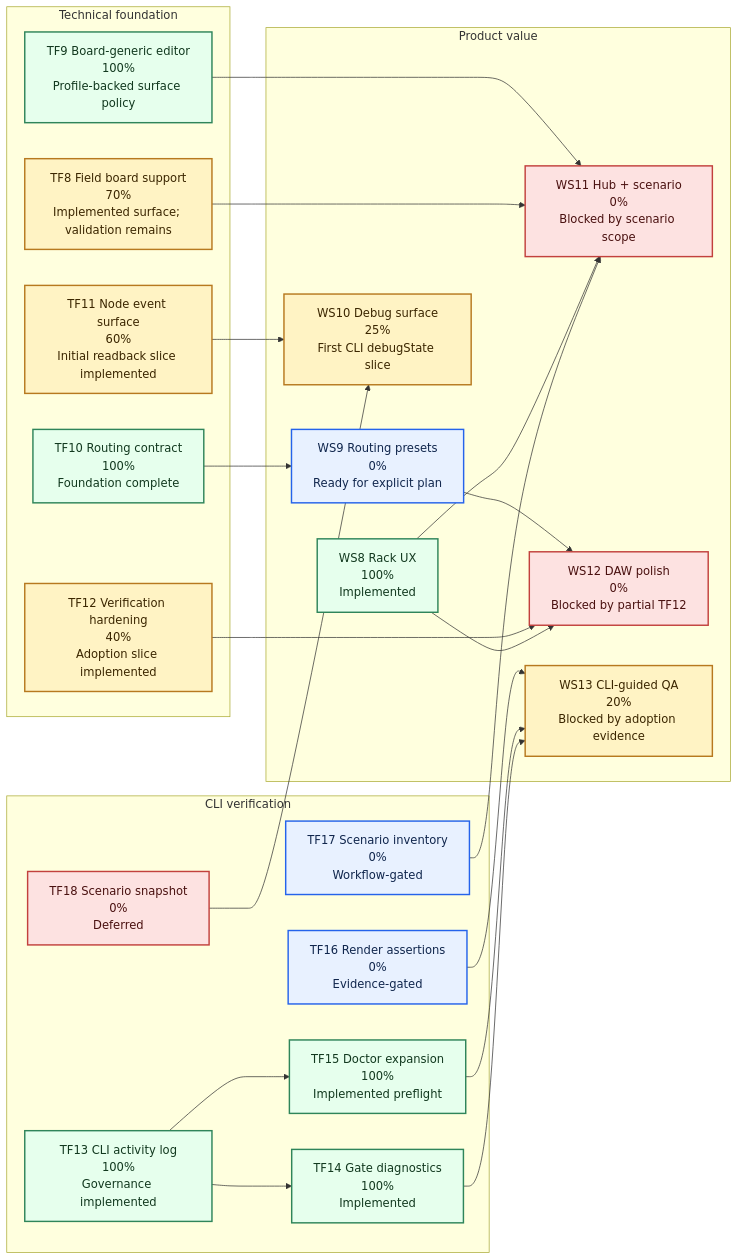
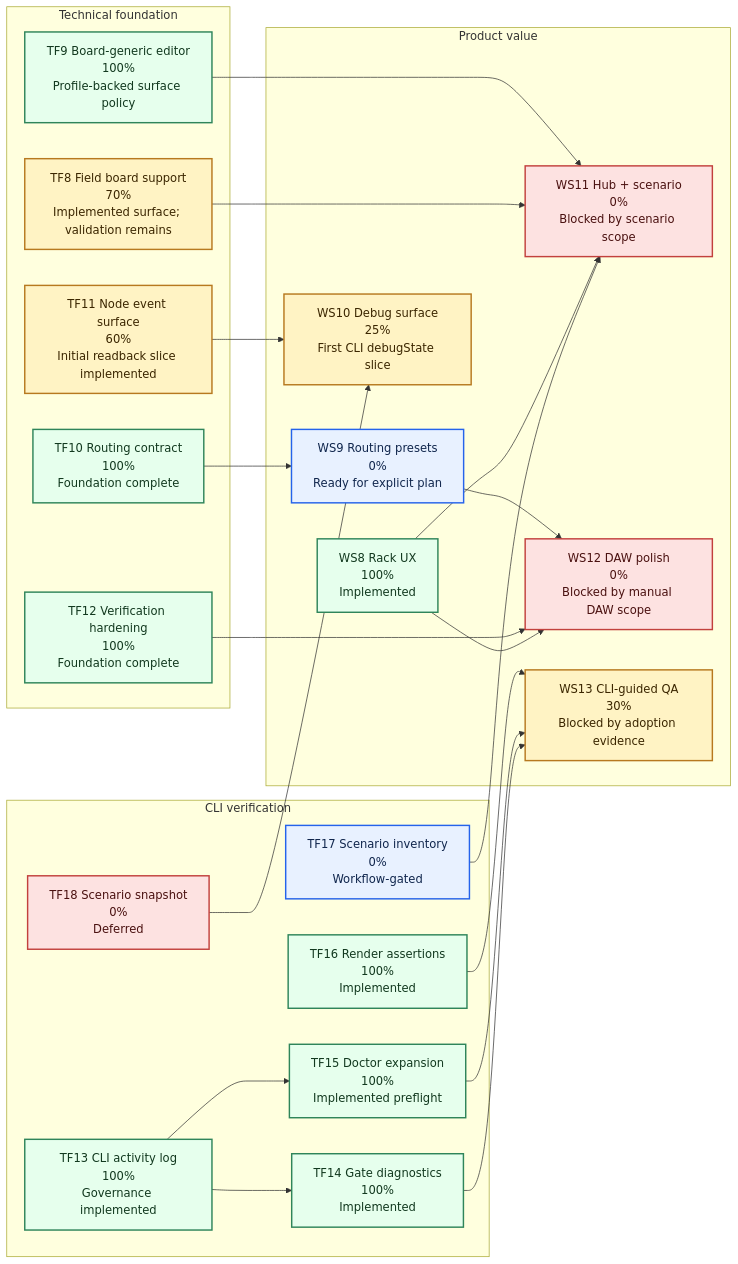
The first of 2 diagrams in DaisyHost/WORKSTREAM_TRACKER.md (Denys/DaisyExamples), drawn with Mermaid before and after one commit. The commit also changed other lines of this file and 787 other files, not shown here.

````diff
--- a/DaisyHost/WORKSTREAM_TRACKER.md
+++ b/DaisyHost/WORKSTREAM_TRACKER.md
@@ -135,55 +161,55 @@
 ```mermaid
 flowchart LR
   subgraph foundation["Technical foundation"]
     tf8["TF8 Field board support<br/>70%<br/>Implemented surface; validation remains"]
     tf9["TF9 Board-generic editor<br/>100%<br/>Profile-backed surface policy"]
     tf10["TF10 Routing contract<br/>100%<br/>Foundation complete"]
     tf11["TF11 Node event surface<br/>60%<br/>Initial readback slice implemented"]
-    tf12["TF12 Verification hardening<br/>40%<br/>Adoption slice implemented"]
+    tf12["TF12 Verification hardening<br/>100%<br/>Foundation complete"]
   end
 
   subgraph cli["CLI verification"]
     tf13["TF13 CLI activity log<br/>100%<br/>Governance implemented"]
     tf14["TF14 Gate diagnostics<br/>100%<br/>Implemented"]
     tf15["TF15 Doctor expansion<br/>100%<br/>Implemented preflight"]
-    tf16["TF16 Render assertions<br/>0%<br/>Evidence-gated"]
+    tf16["TF16 Render assertions<br/>100%<br/>Implemented"]
     tf17["TF17 Scenario inventory<br/>0%<br/>Workflow-gated"]
     tf18["TF18 Scenario snapshot<br/>0%<br/>Deferred"]
   end
 
   subgraph product["Product value"]
     ws8["WS8 Rack UX<br/>100%<br/>Implemented"]
     ws9["WS9 Routing presets<br/>0%<br/>Ready for explicit plan"]
     ws10["WS10 Debug surface<br/>25%<br/>First CLI debugState slice"]
     ws11["WS11 Hub + scenario<br/>0%<br/>Blocked by scenario scope"]
-    ws12["WS12 DAW polish<br/>0%<br/>Blocked by partial TF12"]
-    ws13["WS13 CLI-guided QA<br/>20%<br/>Blocked by adoption evidence"]
+    ws12["WS12 DAW polish<br/>0%<br/>Blocked by manual DAW scope"]
+    ws13["WS13 CLI-guided QA<br/>30%<br/>Blocked by adoption evidence"]
   end
 
   tf10 --> ws9
   tf11 --> ws10
   tf13 --> tf14
   tf13 --> tf15
   tf14 --> ws13
   tf15 --> ws13
   tf16 --> ws13
   tf17 --> ws11
   tf18 --> ws10
   ws8 --> ws11
   tf8 --> ws11
   tf9 --> ws11
   ws8 --> ws12
   tf12 --> ws12
   ws9 --> ws12
 
   classDef done fill:#e6ffed,stroke:#2f855a,color:#12391f,stroke-width:2px
   classDef partial fill:#fff3c4,stroke:#b7791f,color:#3b2600,stroke-width:2px
   classDef ready fill:#e8f1ff,stroke:#2563eb,color:#10264d,stroke-width:2px
   classDef blocked fill:#fde2e1,stroke:#c2413d,color:#4a1110,stroke-width:2px
 
-  class ws8,tf9,tf10,tf13,tf14,tf15 done
-  class tf8,tf11,tf12,ws10 partial
-  class ws9,tf16,tf17 ready
+  class ws8,tf9,tf10,tf12,tf13,tf14,tf15,tf16 done
+  class tf8,tf11,ws10 partial
+  class ws9,tf17 ready
   class ws11,ws12,tf18 blocked
   class ws13 partial
 ```
````
